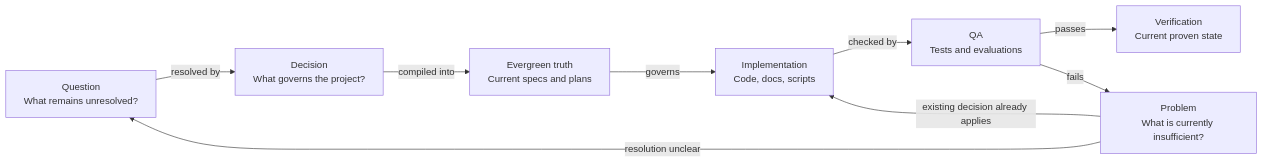
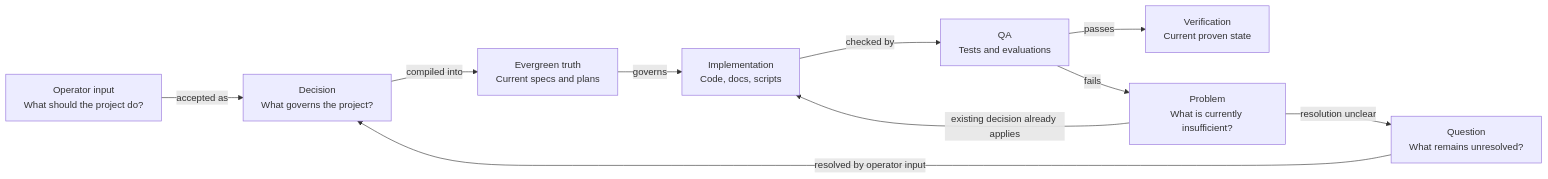
The diagram in README.md (anatoly-m-maslennikov/dset-specs-loops-framework), drawn with Mermaid before and after one commit. The commit also changed other lines of this file, not shown here.

Commit message:
docs: start the DSET loop with operator input
Implements: DSET-DECISION-GOV-001

````diff
--- a/README.md
+++ b/README.md
@@ -25,20 +25,22 @@
 ```mermaid
 flowchart LR
-    Q["Question<br/>What remains unresolved?"]
+    O["Operator input<br/>What should the project do?"]
     D["Decision<br/>What governs the project?"]
     E["Evergreen truth<br/>Current specs and plans"]
     I["Implementation<br/>Code, docs, scripts"]
     QA["QA<br/>Tests and evaluations"]
     V["Verification<br/>Current proven state"]
+    Q["Question<br/>What remains unresolved?"]
     P["Problem<br/>What is currently insufficient?"]
 
-    Q -->|"resolved by"| D
+    O -->|"accepted as"| D
     D -->|"compiled into"| E
     E -->|"governs"| I
     I -->|"checked by"| QA
     QA -->|"passes"| V
 
+    Q -->|"resolved by operator input"| D
     QA -->|"fails"| P
     P -->|"resolution unclear"| Q
     P -->|"existing decision already applies"| I
 ```
````
